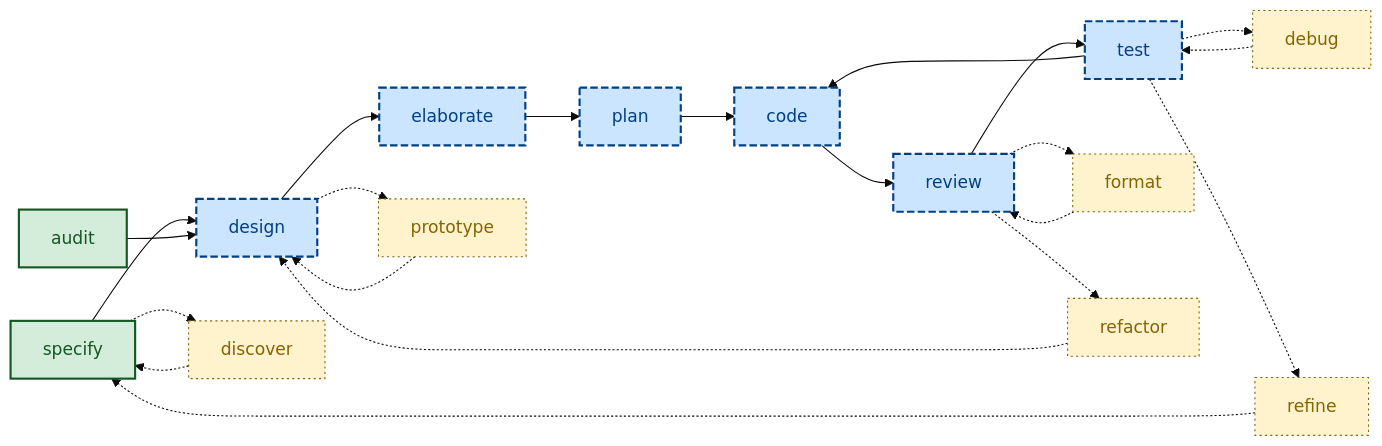
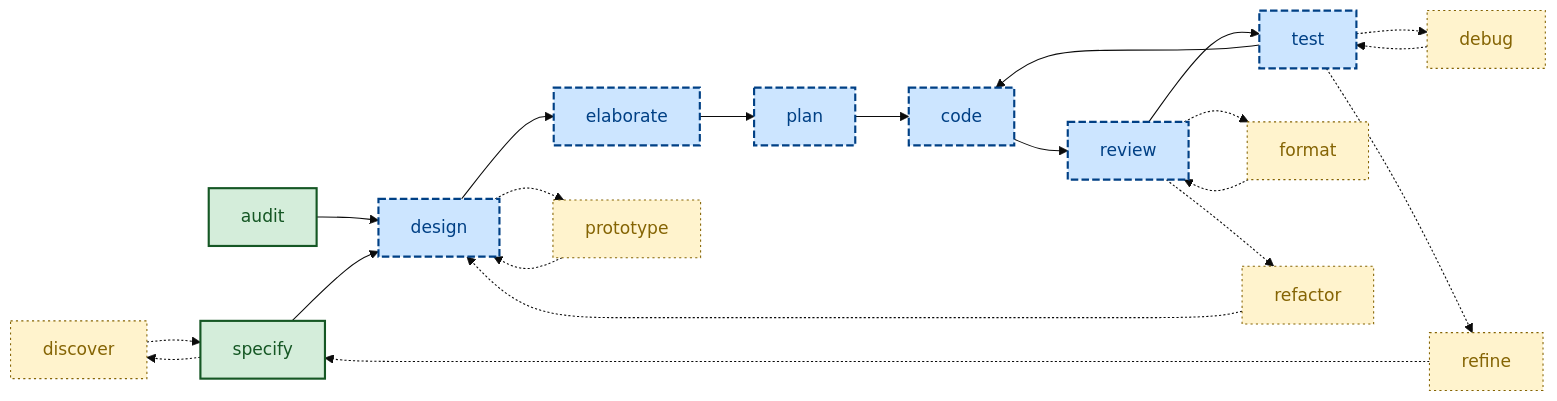
The diagram in README.md (kieranpotts/skills), drawn with Mermaid (base theme) before and after one commit. The commit also changed other lines of this file and 4 other files, not shown here.

````diff
--- a/README.md
+++ b/README.md
@@ -31,35 +31,35 @@
 ```mermaid
 flowchart LR
   %% Starting points.
+  discover:::secondary -.-> specify
+  audit:::start --> design
   specify:::start --> design
-  audit:::start --> design
 
   %% Main workflow sequence.
   design:::main --> elaborate
   elaborate:::main --> plan
   plan:::main --> code
   code:::main --> review
   review:::main --> test
   test:::main --> code
 
   %% Small iterative cycles.
-  discover:::secondary -.-> specify
   specify -.-> discover
   design -.-> prototype:::secondary
   prototype -.-> design
   review -.-> format:::secondary
   format -.-> review
   test -.-> debug:::secondary
   debug -.-> test
 
   %% Big feedback loops.
   review -.-> refactor:::secondary
   refactor -.-> design
   test -.-> refine:::secondary
   refine -.-> specify
 
   %% Class definitions.
   classDef start fill:#d4edda,stroke:#155724,color:#155724,stroke-width:2px
   classDef main fill:#cce5ff,stroke:#004085,color:#004085,stroke-width:2px,stroke-dasharray:7 3
   classDef secondary fill:#fff3cd,stroke:#856404,color:#856404,stroke-width:1px,stroke-dasharray:2 3
 ```
````
